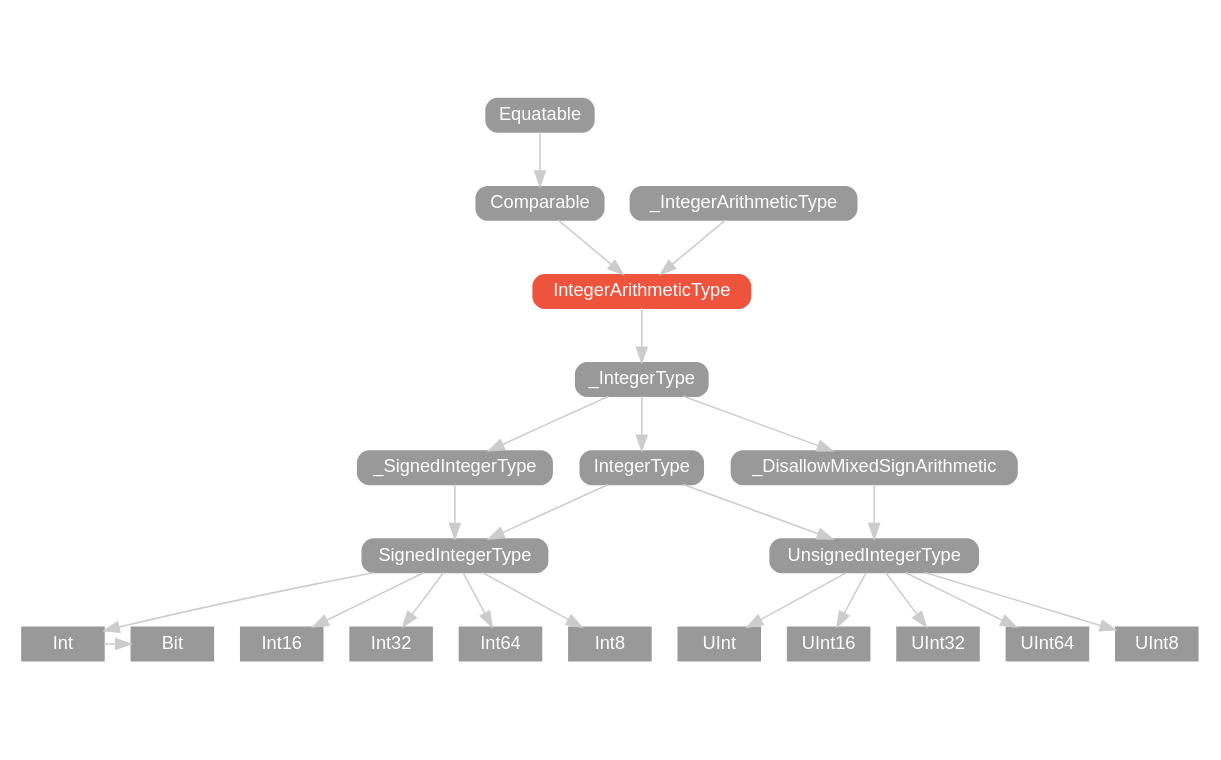
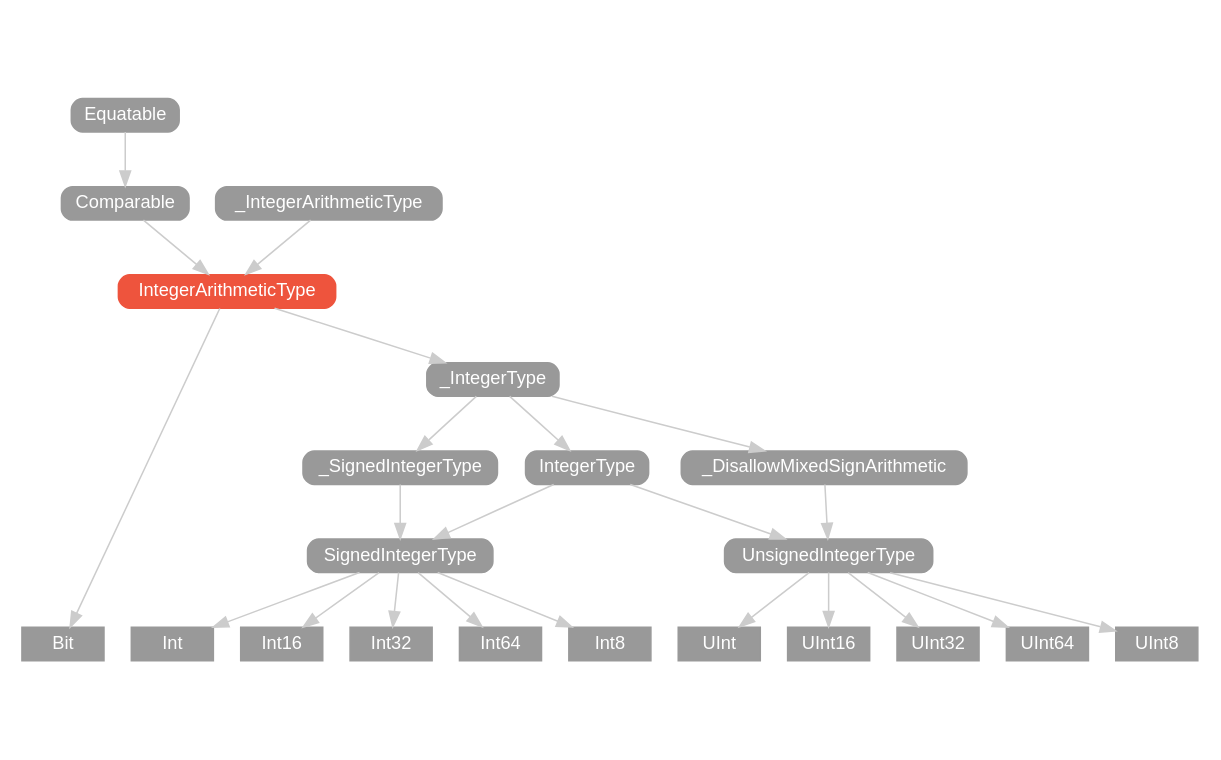
The diagram in v2.1/protocol/IntegerArithmeticType/hierarchy/index.dot (SwiftDoc/SwiftDoc.github.io), drawn with Graphviz before and after one commit. The commit also changed 50 other files, not shown here.

```diff
--- a/v2.1/protocol/IntegerArithmeticType/hierarchy/index.dot
+++ b/v2.1/protocol/IntegerArithmeticType/hierarchy/index.dot
@@ -1,61 +1,60 @@
 strict digraph "IntegerArithmeticType - Type Hierarchy - SwiftDoc.org" {
     pad="0.1,0.8"
     node [shape=box, style="filled,rounded", color="#999999", fillcolor="#999999", fontcolor=white, fontname=Helvetica, fontnames="Helvetica,sansserif", fontsize=12, margin="0.07,0.05", height="0.3"]
     edge [color="#cccccc"]
     "Bit" [URL="/type/Bit/hierarchy/", style=filled]
     "Comparable" [URL="/protocol/Comparable/hierarchy/"]
     "Equatable" [URL="/protocol/Equatable/hierarchy/"]
     "Int" [URL="/type/Int/hierarchy/", style=filled]
     "Int16" [URL="/type/Int16/hierarchy/", style=filled]
     "Int32" [URL="/type/Int32/hierarchy/", style=filled]
     "Int64" [URL="/type/Int64/hierarchy/", style=filled]
     "Int8" [URL="/type/Int8/hierarchy/", style=filled]
     "IntegerArithmeticType" [URL="/protocol/IntegerArithmeticType/", style="filled,rounded", fillcolor="#ee543d", color="#ee543d"]
     "IntegerType" [URL="/protocol/IntegerType/hierarchy/"]
     "SignedIntegerType" [URL="/protocol/SignedIntegerType/hierarchy/"]
     "UInt" [URL="/type/UInt/hierarchy/", style=filled]
     "UInt16" [URL="/type/UInt16/hierarchy/", style=filled]
     "UInt32" [URL="/type/UInt32/hierarchy/", style=filled]
     "UInt64" [URL="/type/UInt64/hierarchy/", style=filled]
     "UInt8" [URL="/type/UInt8/hierarchy/", style=filled]
     "UnsignedIntegerType" [URL="/protocol/UnsignedIntegerType/hierarchy/"]
     "_DisallowMixedSignArithmetic" [URL="/protocol/_DisallowMixedSignArithmetic/hierarchy/"]
     "_IntegerArithmeticType" [URL="/protocol/_IntegerArithmeticType/hierarchy/"]
     "_IntegerType" [URL="/protocol/_IntegerType/hierarchy/"]
-    "_SignedIntegerType" [URL="/protocol/_SignedIntegerType/hierarchy/"]    "IntegerArithmeticType" -> "_IntegerType"
+    "_SignedIntegerType" [URL="/protocol/_SignedIntegerType/hierarchy/"]    "IntegerArithmeticType" -> "Bit"
+    "IntegerArithmeticType" -> "_IntegerType"
     "_IntegerType" -> "IntegerType"
     "_IntegerType" -> "_DisallowMixedSignArithmetic"
     "_IntegerType" -> "_SignedIntegerType"
     "IntegerType" -> "SignedIntegerType"
     "IntegerType" -> "UnsignedIntegerType"
     "SignedIntegerType" -> "Int"
     "SignedIntegerType" -> "Int16"
     "SignedIntegerType" -> "Int32"
     "SignedIntegerType" -> "Int64"
     "SignedIntegerType" -> "Int8"
-    "Int" -> "Bit"
     "UnsignedIntegerType" -> "UInt"
     "UnsignedIntegerType" -> "UInt16"
     "UnsignedIntegerType" -> "UInt32"
     "UnsignedIntegerType" -> "UInt64"
     "UnsignedIntegerType" -> "UInt8"
     "_DisallowMixedSignArithmetic" -> "UnsignedIntegerType"
     "UnsignedIntegerType" -> "UInt"
     "UnsignedIntegerType" -> "UInt16"
     "UnsignedIntegerType" -> "UInt32"
     "UnsignedIntegerType" -> "UInt64"
     "UnsignedIntegerType" -> "UInt8"
     "_SignedIntegerType" -> "SignedIntegerType"
     "SignedIntegerType" -> "Int"
     "SignedIntegerType" -> "Int16"
     "SignedIntegerType" -> "Int32"
     "SignedIntegerType" -> "Int64"
     "SignedIntegerType" -> "Int8"
-    "Int" -> "Bit"
     "_IntegerArithmeticType" -> "IntegerArithmeticType"
     "Comparable" -> "IntegerArithmeticType"
     "Equatable" -> "Comparable"
     subgraph Types {
-        rank = max; "Int"; "Int16"; "Int32"; "Int64"; "Int8"; "Bit"; "UInt"; "UInt16"; "UInt32"; "UInt64"; "UInt8";
+        rank = max; "Bit"; "Int"; "Int16"; "Int32"; "Int64"; "Int8"; "UInt"; "UInt16"; "UInt32"; "UInt64"; "UInt8";
     }
 }
```
